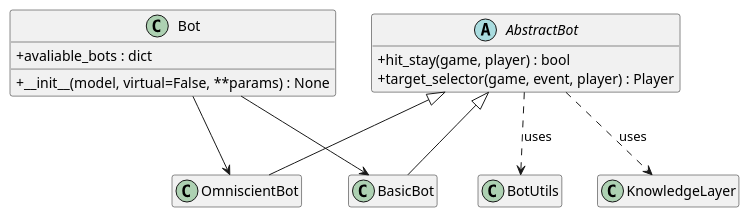
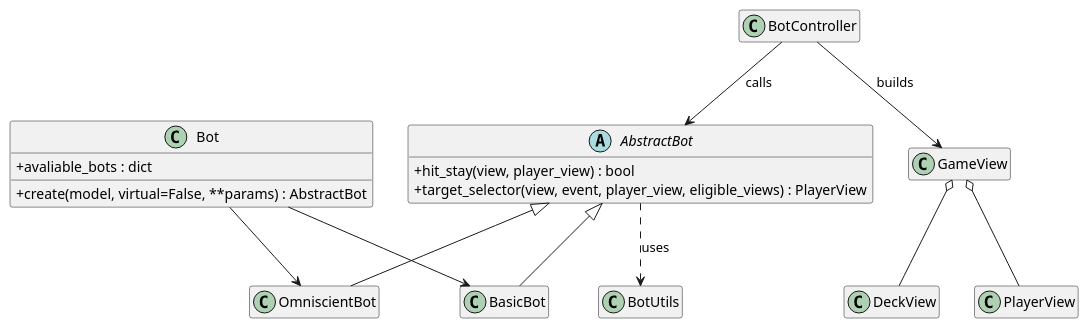
Before and after one commit to benhalladay08/flop7: the third of 3 diagrams in docs/design.md, drawn with PlantUML. The commit also changed other lines of this file and 23 other files, not shown here.

````diff
--- a/docs/design.md
+++ b/docs/design.md
@@ -412,31 +406,37 @@
 ```plantuml
 @startuml
 skinparam classAttributeIconSize 0
 hide empty members
 
 abstract class AbstractBot {
-  +hit_stay(game, player) : bool
-  +target_selector(game, event, player) : Player
+  +hit_stay(view, player_view) : bool
+  +target_selector(view, event, player_view, eligible_views) : PlayerView
 }
 
 class BasicBot
 class OmniscientBot
+class BotController
+class GameView
+class PlayerView
+class DeckView
 
 class Bot {
   +avaliable_bots : dict
-  +__init__(model, virtual=False, **params) : None
+  +create(model, virtual=False, **params) : AbstractBot
 }
 
-class KnowledgeLayer
 class BotUtils
 
-AbstractBot ..> KnowledgeLayer : uses
+BotController --> AbstractBot : calls
+BotController --> GameView : builds
+GameView o-- PlayerView
+GameView o-- DeckView
 AbstractBot ..> BotUtils : uses
 
 AbstractBot <|-- BasicBot
 AbstractBot <|-- OmniscientBot
 Bot --> BasicBot
 Bot --> OmniscientBot
 
 @enduml
 ```
````
